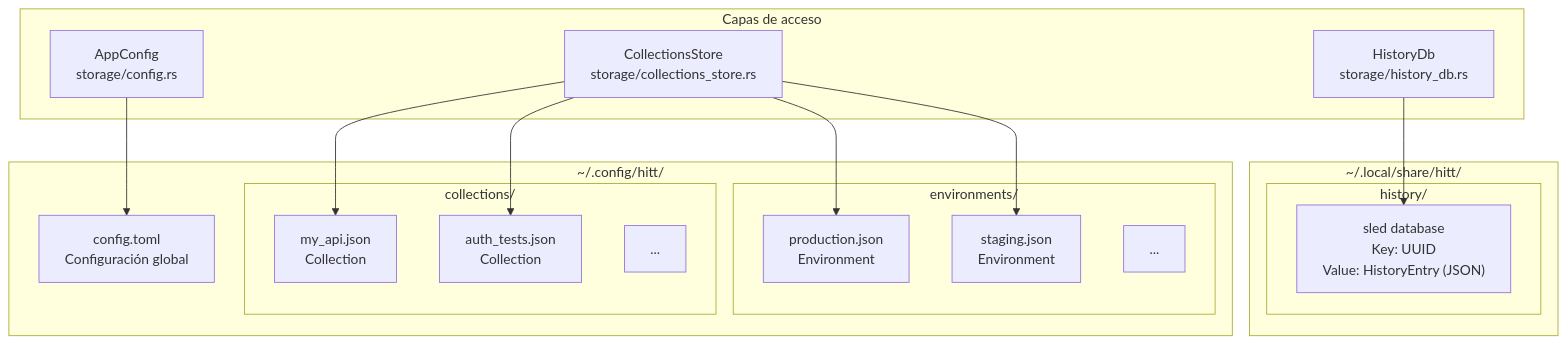
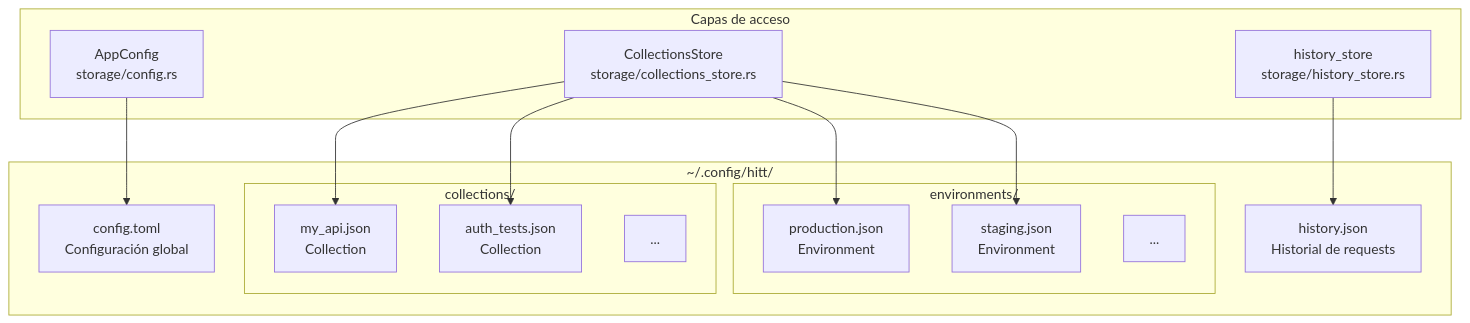
The diagram in docs/ALMACENAMIENTO.md (Osmait/hitt), drawn with Mermaid before and after one commit. The commit also changed other lines of this file and 284 other files, not shown here.

````diff
--- a/docs/ALMACENAMIENTO.md
+++ b/docs/ALMACENAMIENTO.md
@@ -11,35 +11,30 @@
 ```mermaid
 graph TB
     subgraph "~/.config/hitt/"
         config["config.toml<br/>Configuración global"]
+        history["history.json<br/>Historial de requests"]
         subgraph "collections/"
             coll1["my_api.json<br/>Collection"]
             coll2["auth_tests.json<br/>Collection"]
             collN["..."]
         end
         subgraph "environments/"
             env1["production.json<br/>Environment"]
             env2["staging.json<br/>Environment"]
             envN["..."]
         end
     end
 
-    subgraph "~/.local/share/hitt/"
-        subgraph "history/"
-            histdb["sled database<br/>Key: UUID<br/>Value: HistoryEntry (JSON)"]
-        end
-    end
-
     subgraph "Capas de acceso"
         AC["AppConfig<br/>storage/config.rs"]
         CS["CollectionsStore<br/>storage/collections_store.rs"]
-        HD["HistoryDb<br/>storage/history_db.rs"]
+        HS["history_store<br/>storage/history_store.rs"]
     end
 
     AC --> config
     CS --> coll1
     CS --> coll2
     CS --> env1
     CS --> env2
-    HD --> histdb
+    HS --> history
 ```
````
